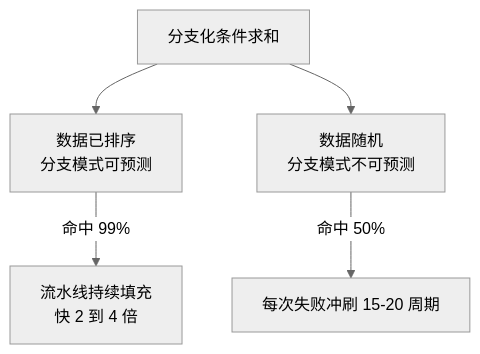
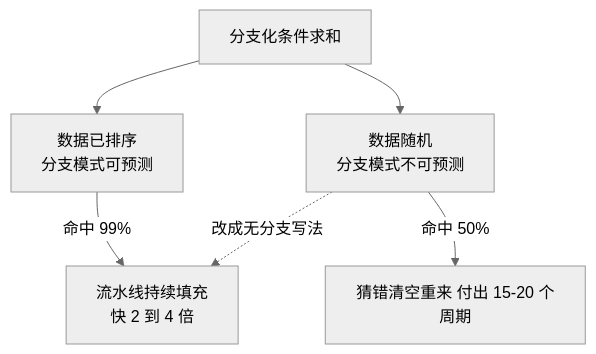
One commit to hub138/technical-knowledge changed the first of 2 diagrams in vault/工程知识/性能工程：从用户等待到资源瓶颈/处理器与内存/CPU缓存与分支决定有效执行时间.md. Above: the diagram before and after it, drawn with Mermaid (neutral theme). The commit also changed other lines of this file and 622 other files, not shown here.

````diff
--- a/vault/工程知识/性能工程：从用户等待到资源瓶颈/处理器与内存/CPU缓存与分支决定有效执行时间.md
+++ b/vault/工程知识/性能工程：从用户等待到资源瓶颈/处理器与内存/CPU缓存与分支决定有效执行时间.md
@@ -67,7 +88,8 @@
 ```mermaid
 graph TD
     A["分支化条件求和"] --> B["数据已排序<br/>分支模式可预测"]
     A --> C["数据随机<br/>分支模式不可预测"]
     B -->|命中 99%| D["流水线持续填充<br/>快 2 到 4 倍"]
-    C -->|命中 50%| E["每次失败冲刷 15-20 周期"]
+    C -->|命中 50%| E["猜错清空重来 付出 15-20 个周期"]
+    C -.->|改成无分支写法| D
 ```
````
